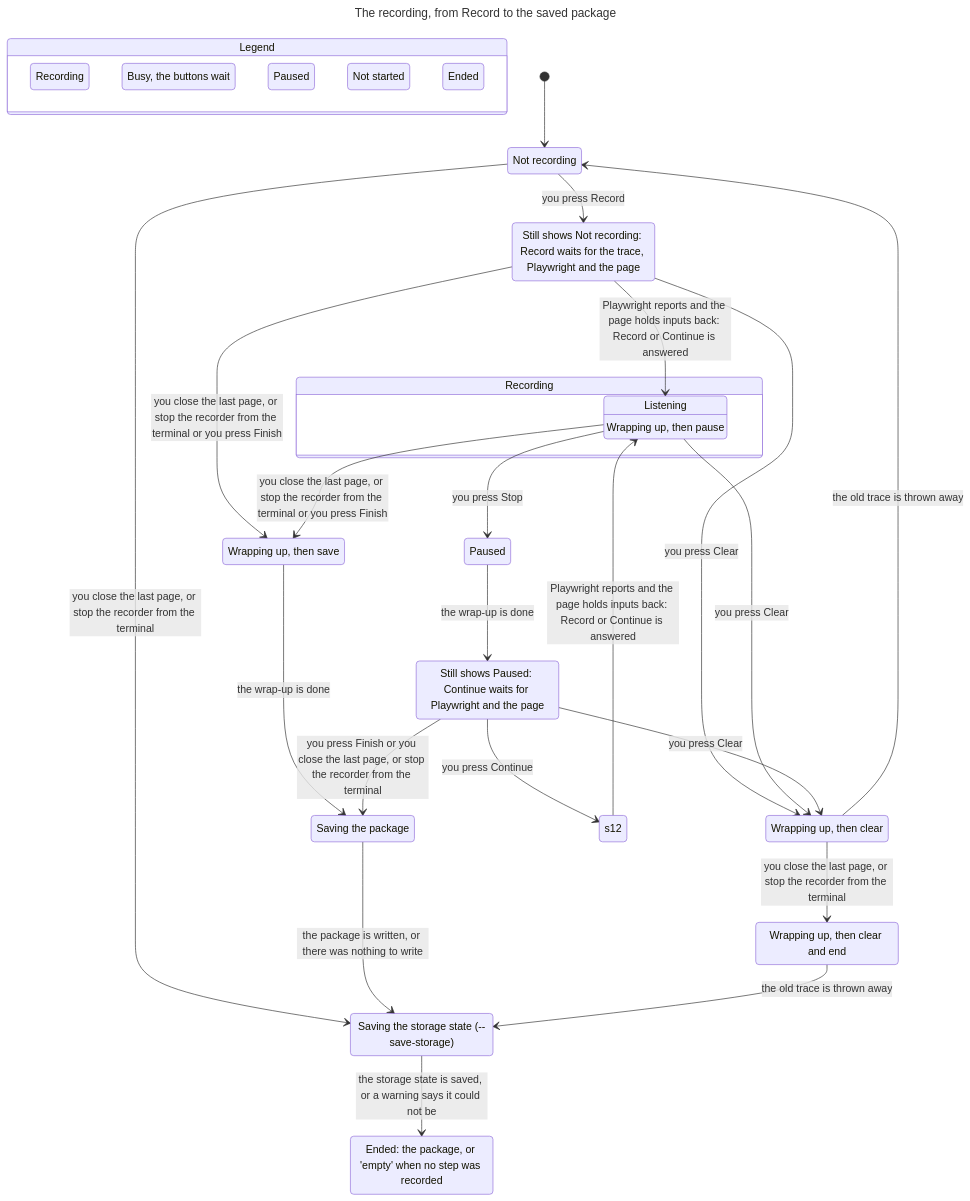
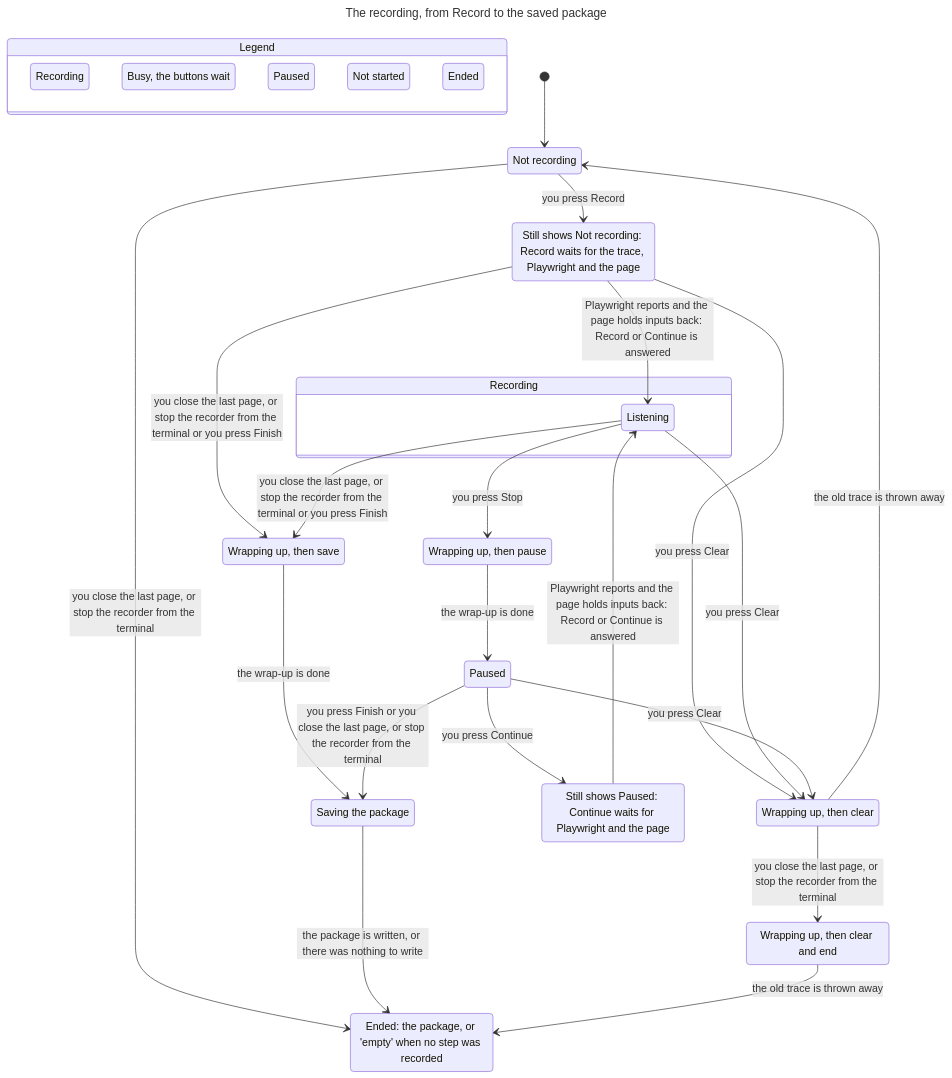
Before and after one commit to ayme-labs/ayme: the first of 3 diagrams in packages/recorder/lifecycle-model/README.md, drawn with Mermaid. The commit also changed other lines of this file and 2 other files, not shown here.

Commit message:
devex(recorder): record the lifecycle model's run for --save-storage
One run of every config, on the merged model with discard and restore
while recording (#1388), the storage save only with --save-storage, a
Record that cannot start and a package that cannot be written: every
config gives what the README says it must. Without the flag every
config reaches main's count exactly; the four with it (Rules-Ends,
Surfaces, TimeLimit-Holds, Rules-StartRecording) grew. It ran in parts,
as one background command may run two hours.

- The README's counts come from that run, and its lifecycle chart from
  this run's Chart-Lifecycle: the merge had left two states named s9.
- Path-ReadAcrossNavigation and Input-ReadAcrossNavigation are back in
  the table: run-all.sh runs them, and main's README had lost them.
- P30 now needs no package saved, so that a package that could not be
  written (P31) cannot stand in for a Record that could not start.
- The model is compared with the engine at 33ce414f.

````diff
--- a/packages/recorder/lifecycle-model/README.md
+++ b/packages/recorder/lifecycle-model/README.md
@@ -106,64 +106,61 @@
 ```mermaid
 ---
 title: "The recording, from Record to the saved package"
 ---
 stateDiagram-v2
   state "Legend" as legend {
     lg0: Recording
     lg1: Busy, the buttons wait
     lg2: Paused
     lg3: Not started
     lg4: Ended
   }
   class lg0 teal
   class lg1 yellow
   class lg2 blue
   class lg3 tan
   class lg4 purple
   s0: Not recording
-  s1: Saving the storage state (--save-storage)
+  s1: Ended: the package, or 'empty' when no step was recorded
   s2: Still shows Not recording: Record waits for the trace, Playwright and the page
-  s3: Ended: the package, or 'empty' when no step was recorded
-  s4: Wrapping up, then save
-  s5: Wrapping up, then clear
-  s6: Saving the package
-  s7: Wrapping up, then clear and end
-  state "Recording" as s8 {
-    s9: Listening
+  s3: Wrapping up, then save
+  s4: Wrapping up, then clear
+  s5: Saving the package
+  s6: Wrapping up, then clear and end
+  state "Recording" as s7 {
+    s8: Listening
   }
   s9: Wrapping up, then pause
   s10: Paused
   s11: Still shows Paused: Continue waits for Playwright and the page
   [*] --> s0
   s0 --> s1: you close the last page, or stop the recorder from the terminal
   s0 --> s2: you press Record
-  s1 --> s3: the storage state is saved, or a warning says it could not be
-  s2 --> s4: you close the last page, or stop the recorder from the terminal or you press Finish
-  s2 --> s5: you press Clear
-  s4 --> s6: the wrap-up is done
-  s2 --> s9: Playwright reports and the page holds inputs back: Record or Continue is answered
-  s5 --> s7: you close the last page, or stop the recorder from the terminal
-  s9 --> s4: you close the last page, or stop the recorder from the terminal or you press Finish
-  s9 --> s5: you press Clear
-  s9 --> s10: you press Stop
-  s6 --> s1: the package is written, or there was nothing to write
-  s7 --> s1: the old trace is thrown away
-  s5 --> s0: the old trace is thrown away
-  s10 --> s11: the wrap-up is done
-  s11 --> s6: you press Finish or you close the last page, or stop the recorder from the terminal
-  s11 --> s5: you press Clear
-  s11 --> s12: you press Continue
-  s12 --> s9: Playwright reports and the page holds inputs back: Record or Continue is answered
+  s2 --> s3: you close the last page, or stop the recorder from the terminal or you press Finish
+  s2 --> s4: you press Clear
+  s3 --> s5: the wrap-up is done
+  s2 --> s8: Playwright reports and the page holds inputs back: Record or Continue is answered
+  s4 --> s6: you close the last page, or stop the recorder from the terminal
+  s8 --> s3: you close the last page, or stop the recorder from the terminal or you press Finish
+  s8 --> s4: you press Clear
+  s8 --> s9: you press Stop
+  s5 --> s1: the package is written, or there was nothing to write
+  s6 --> s1: the old trace is thrown away
+  s4 --> s0: the old trace is thrown away
+  s9 --> s10: the wrap-up is done
+  s10 --> s5: you press Finish or you close the last page, or stop the recorder from the terminal
+  s10 --> s4: you press Clear
+  s10 --> s11: you press Continue
+  s11 --> s8: Playwright reports and the page holds inputs back: Record or Continue is answered
   class s0 tan
-  class s1 yellow
+  class s1 purple
   class s2 yellow
-  class s3 purple
+  class s3 yellow
   class s4 yellow
   class s5 yellow
   class s6 yellow
-  class s7 yellow
-  class s9 teal
-  class s10 yellow
-  class s11 blue
-  class s12 yellow
+  class s8 teal
+  class s9 yellow
+  class s10 blue
+  class s11 yellow
 ```
````
